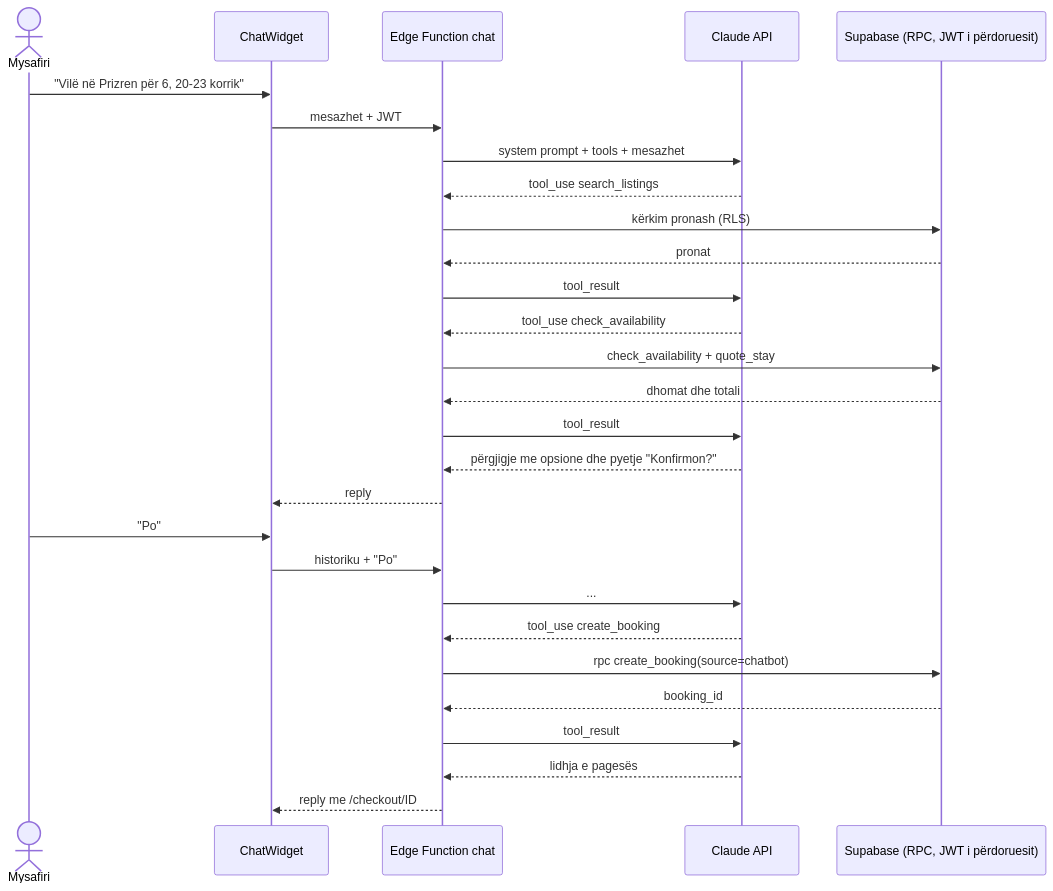
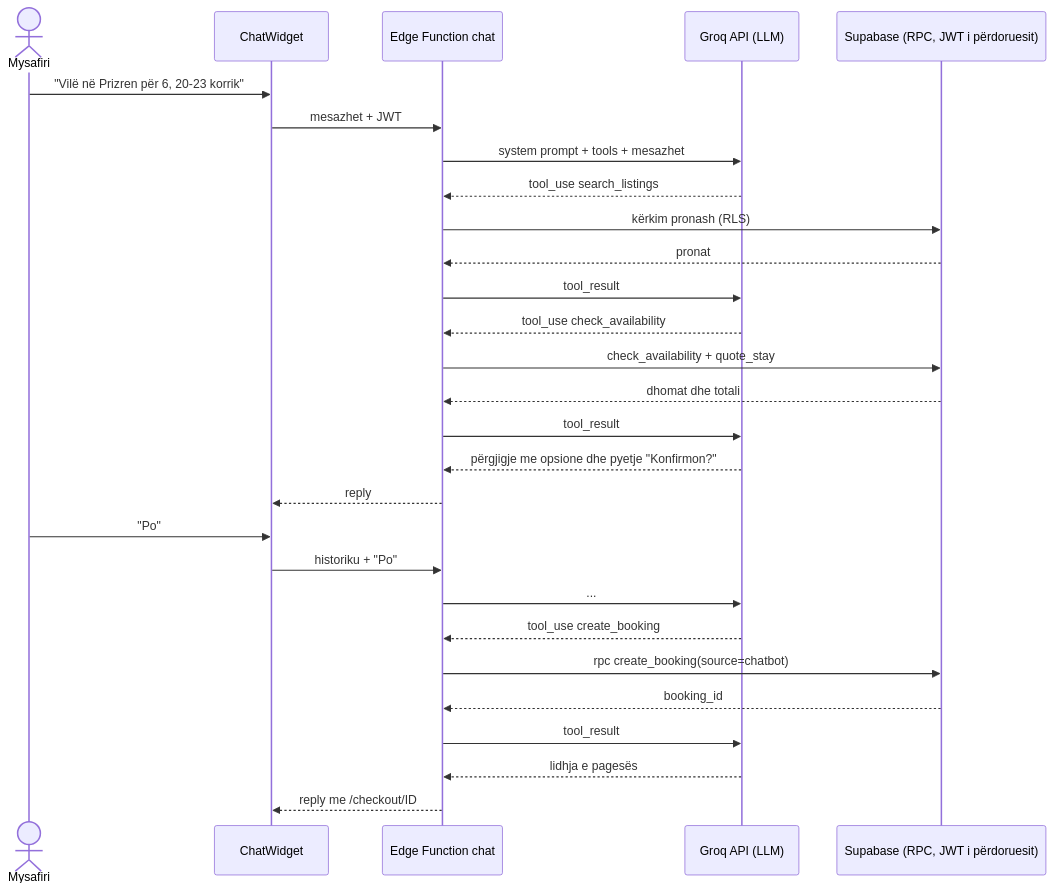
Before and after one commit to yllalickaj7-bit/kosovabnb: the diagram in docs/diagrams/seq_chat.mmd, drawn with Mermaid. The commit also changed 15 other files, not shown here.

First line of the commit message:
Dokumenti Java 5.5 dhe diagramet me Groq

```diff
--- a/docs/diagrams/seq_chat.mmd
+++ b/docs/diagrams/seq_chat.mmd
@@ -1,28 +1,28 @@
 sequenceDiagram
   actor G as Mysafiri
   participant W as ChatWidget
   participant F as Edge Function chat
-  participant C as Claude API
+  participant C as Groq API (LLM)
   participant DB as Supabase (RPC, JWT i përdoruesit)
   G->>W: "Vilë në Prizren për 6, 20-23 korrik"
   W->>F: mesazhet + JWT
   F->>C: system prompt + tools + mesazhet
   C-->>F: tool_use search_listings
   F->>DB: kërkim pronash (RLS)
   DB-->>F: pronat
   F->>C: tool_result
   C-->>F: tool_use check_availability
   F->>DB: check_availability + quote_stay
   DB-->>F: dhomat dhe totali
   F->>C: tool_result
   C-->>F: përgjigje me opsione dhe pyetje "Konfirmon?"
   F-->>W: reply
   G->>W: "Po"
   W->>F: historiku + "Po"
   F->>C: ...
   C-->>F: tool_use create_booking
   F->>DB: rpc create_booking(source=chatbot)
   DB-->>F: booking_id
   F->>C: tool_result
   C-->>F: lidhja e pagesës
   F-->>W: reply me /checkout/ID
```
